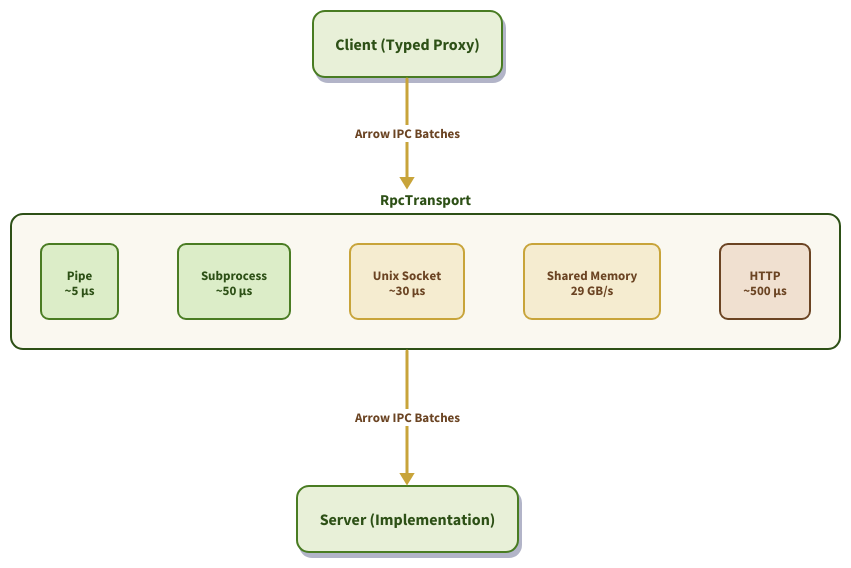
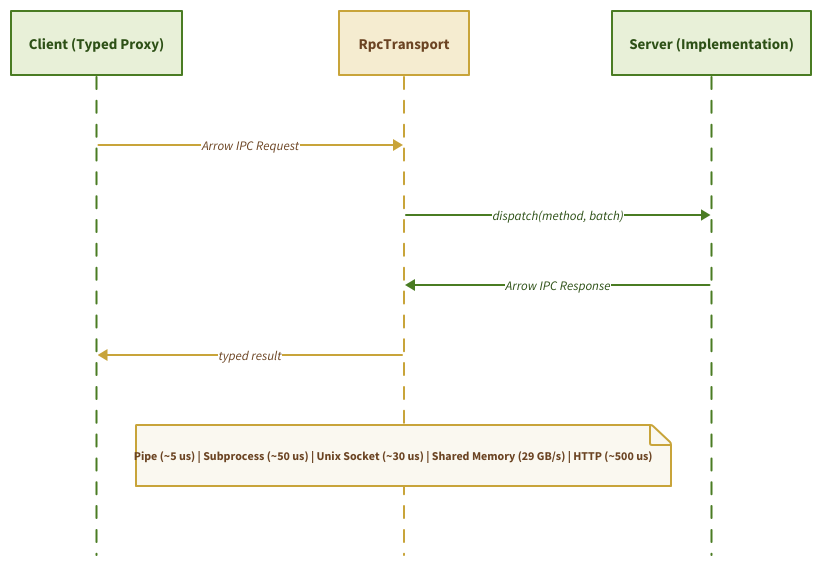
The diagram in src/diagrams/transport-overview.d2 (Query-farm/vgi-rpc-website), drawn with D2 before and after one commit. The commit also changed 14 other files, not shown here.

```diff
--- a/src/diagrams/transport-overview.d2
+++ b/src/diagrams/transport-overview.d2
@@ -1,107 +1,62 @@
-direction: down
+shape: sequence_diagram
 
 client: Client (Typed Proxy) {
   style: {
     fill: "#e8f0d8"
     stroke: "#4a7c23"
     font-color: "#2d5016"
-    border-radius: 12
-    font-size: 16
     bold: true
-    shadow: true
-  }
-}
-
-client -> transport: {
-  label: "Arrow IPC Batches"
-  style: {
-    stroke: "#c8a43a"
-    stroke-width: 3
-    font-color: "#6b4423"
-    font-size: 13
-    bold: true
+    font-size: 15
   }
 }
 
 transport: RpcTransport {
-  direction: right
-
-  pipe: Pipe\n~5 μs {
-    style: {
-      fill: "#dcedc8"
-      stroke: "#4a7c23"
-      font-color: "#2d5016"
-      border-radius: 8
-      font-size: 13
-    }
-  }
-  subprocess: Subprocess\n~50 μs {
-    style: {
-      fill: "#dcedc8"
-      stroke: "#4a7c23"
-      font-color: "#2d5016"
-      border-radius: 8
-      font-size: 13
-    }
-  }
-  unix: Unix Socket\n~30 μs {
-    style: {
-      fill: "#f5ecd0"
-      stroke: "#c8a43a"
-      font-color: "#6b4423"
-      border-radius: 8
-      font-size: 13
-    }
-  }
-  shm: Shared Memory\n29 GB/s {
-    style: {
-      fill: "#f5ecd0"
-      stroke: "#c8a43a"
-      font-color: "#6b4423"
-      border-radius: 8
-      font-size: 13
-      bold: true
-    }
-  }
-  http: HTTP\n~500 μs {
-    style: {
-      fill: "#f0e0d0"
-      stroke: "#6b4423"
-      font-color: "#6b4423"
-      border-radius: 8
-      font-size: 13
-    }
-  }
-
   style: {
-    fill: "#faf8f0"
-    stroke: "#2d5016"
-    font-color: "#2d5016"
-    border-radius: 12
+    fill: "#f5ecd0"
+    stroke: "#c8a43a"
+    font-color: "#6b4423"
+    bold: true
     font-size: 15
-    bold: true
-  }
-}
-
-transport -> server: {
-  label: "Arrow IPC Batches"
-  style: {
-    stroke: "#c8a43a"
-    stroke-width: 3
-    font-color: "#6b4423"
-    font-size: 13
-    bold: true
   }
 }
 
 server: Server (Implementation) {
   style: {
     fill: "#e8f0d8"
     stroke: "#4a7c23"
     font-color: "#2d5016"
-    border-radius: 12
-    font-size: 16
     bold: true
-    shadow: true
+    font-size: 15
   }
 }
+
+client -> transport: Arrow IPC Request {
+  style.stroke: "#c8a43a"
+  style.font-color: "#6b4423"
+  style.font-size: 13
+}
+transport -> server: dispatch(method, batch) {
+  style.stroke: "#4a7c23"
+  style.font-color: "#2d5016"
+  style.font-size: 13
+}
+server -> transport: Arrow IPC Response {
+  style.stroke: "#4a7c23"
+  style.font-color: "#2d5016"
+  style.font-size: 13
+}
+transport -> client: typed result {
+  style.stroke: "#c8a43a"
+  style.font-color: "#6b4423"
+  style.font-size: 13
+}
+
+transport."Pipe (~5 us) | Subprocess (~50 us) | Unix Socket (~30 us) | Shared Memory (29 GB/s) | HTTP (~500 us)" {
+  style: {
+    fill: "#faf8f0"
+    stroke: "#c8a43a"
+    font-color: "#6b4423"
+    font-size: 12
+    bold: true
+  }
+}
```
